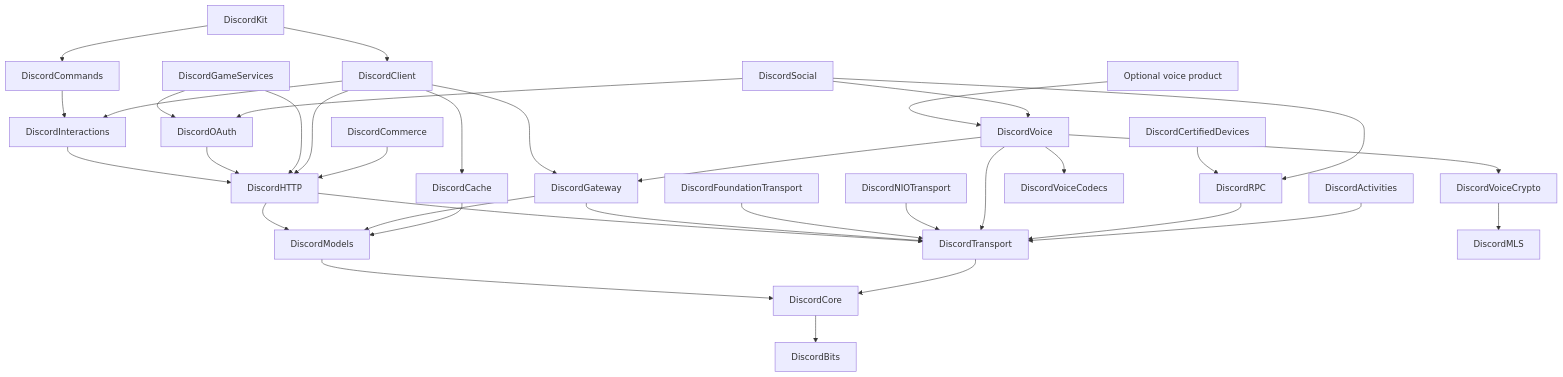
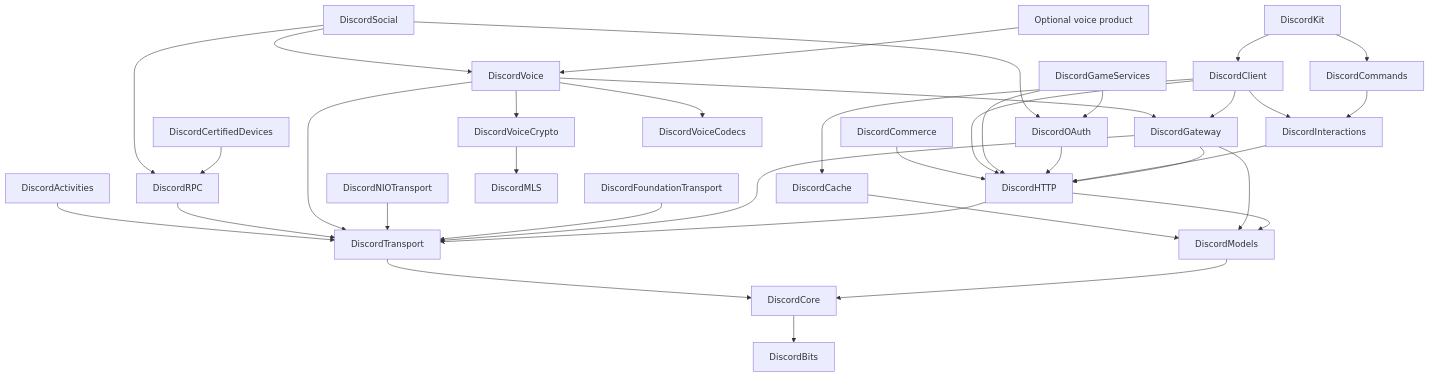
Before and after one commit to CarsonAurum/DiscordKit: the diagram in Docs/Architecture.md, drawn with Mermaid. The commit also changed other lines of this file and 86 other files, not shown here.

First line of the commit message:
Add Part 3 HTTP execution and early sharded Gateway

````diff
--- a/Docs/Architecture.md
+++ b/Docs/Architecture.md
@@ -22,37 +24,38 @@
 ```mermaid
 flowchart TD
     DiscordCore --> DiscordBits
     DiscordModels --> DiscordCore
     DiscordTransport --> DiscordCore
     DiscordHTTP --> DiscordModels
     DiscordHTTP --> DiscordTransport
+    DiscordGateway --> DiscordHTTP
     DiscordGateway --> DiscordModels
     DiscordGateway --> DiscordTransport
     DiscordFoundationTransport --> DiscordTransport
     DiscordNIOTransport --> DiscordTransport
     DiscordCache --> DiscordModels
     DiscordInteractions --> DiscordHTTP
     DiscordCommands --> DiscordInteractions
     DiscordOAuth --> DiscordHTTP
     DiscordGameServices --> DiscordOAuth
     DiscordGameServices --> DiscordHTTP
     DiscordClient --> DiscordGateway
     DiscordClient --> DiscordHTTP
     DiscordClient --> DiscordCache
     DiscordClient --> DiscordInteractions
     DiscordVoice --> DiscordGateway
     DiscordVoice --> DiscordVoiceCrypto
     DiscordVoice --> DiscordVoiceCodecs
     DiscordVoice --> DiscordTransport
     DiscordVoiceCrypto --> DiscordMLS
     DiscordKit --> DiscordClient
     DiscordKit --> DiscordCommands
     VoiceProduct[Optional voice product] --> DiscordVoice
     DiscordRPC --> DiscordTransport
     DiscordCertifiedDevices --> DiscordRPC
     DiscordActivities --> DiscordTransport
     DiscordSocial --> DiscordOAuth
     DiscordSocial --> DiscordRPC
     DiscordSocial --> DiscordVoice
     DiscordCommerce --> DiscordHTTP
 ```
````
